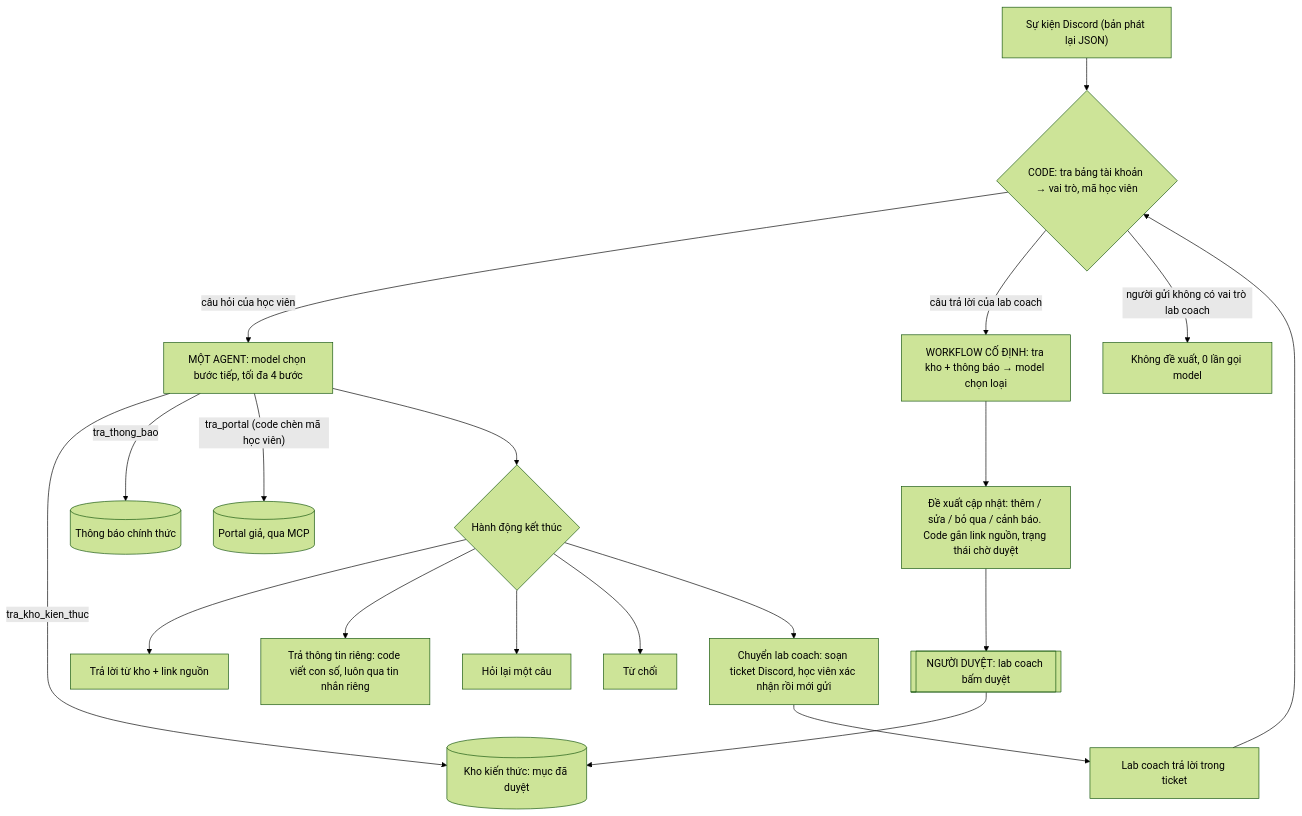
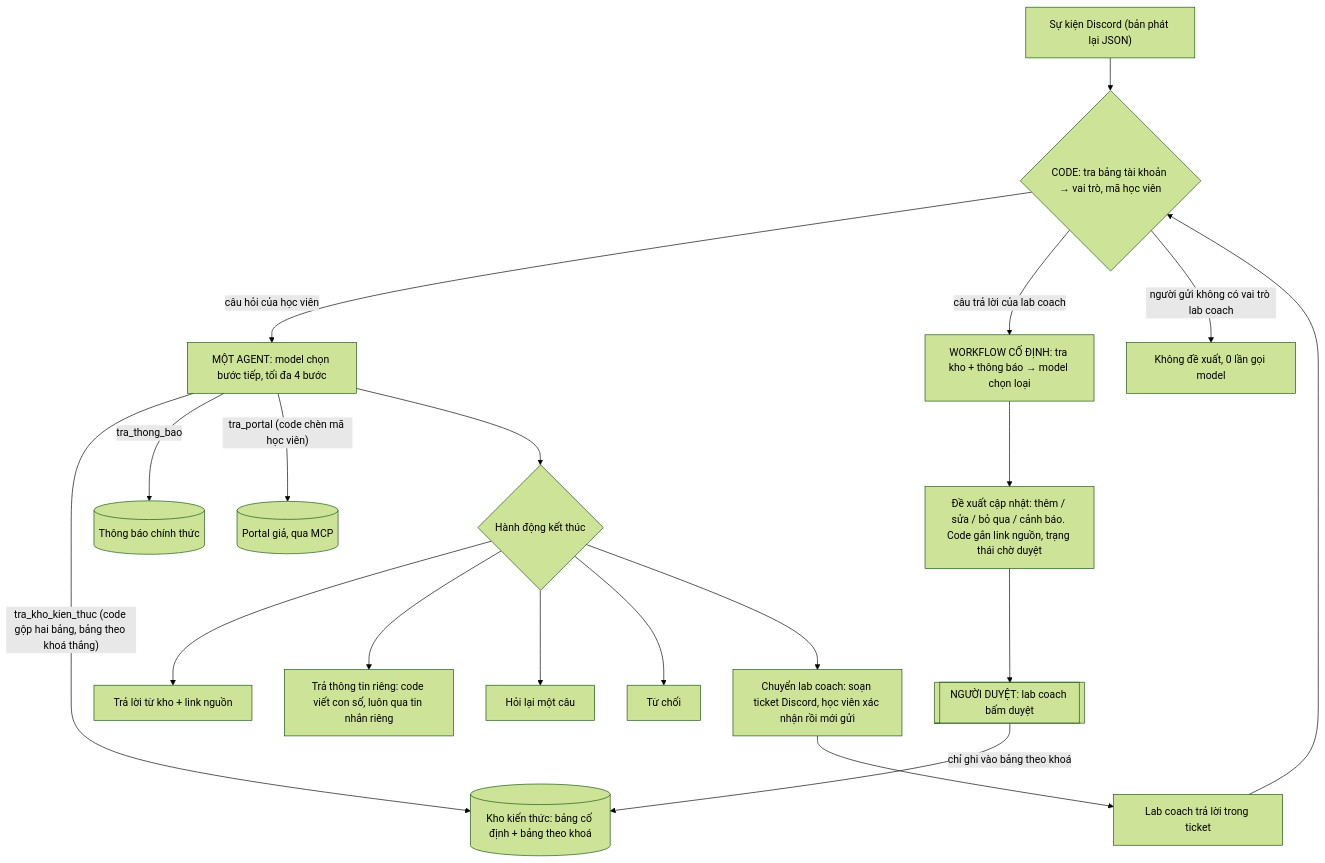
One commit to ToyzZone/K5-Day15-L3A-ThichVarCham changed the diagram in spec.md. Above: the diagram before and after it, drawn with Mermaid (forest theme). The commit also changed other lines of this file and 9 other files, not shown here.

Commit message:
Kho kiến thức hai bảng: cố định và theo khoá; lab coach chỉ sửa bảng theo khoá, mâu thuẫn thì bảng theo khoá thắng

````diff
--- a/spec.md
+++ b/spec.md
@@ -57,21 +58,21 @@
 ```mermaid
 flowchart TD
   D["Sự kiện Discord (bản phát lại JSON)"] --> V{"CODE: tra bảng tài khoản → vai trò, mã học viên"}
   V -->|"câu hỏi của học viên"| A["MỘT AGENT: model chọn bước tiếp, tối đa 4 bước"]
-  A -->|"tra_kho_kien_thuc"| K[("Kho kiến thức: mục đã duyệt")]
+  A -->|"tra_kho_kien_thuc (code gộp hai bảng, bảng theo khoá thắng)"| K[("Kho kiến thức: bảng cố định + bảng theo khoá")]
   A -->|"tra_thong_bao"| T[("Thông báo chính thức")]
   A -->|"tra_portal (code chèn mã học viên)"| P[("Portal giả, qua MCP")]
   A --> R{"Hành động kết thúc"}
   R --> R1["Trả lời từ kho + link nguồn"]
   R --> R2["Trả thông tin riêng: code viết con số, luôn qua tin nhắn riêng"]
   R --> R3["Hỏi lại một câu"]
   R --> R4["Từ chối"]
   R --> R5["Chuyển lab coach: soạn ticket Discord, học viên xác nhận rồi mới gửi"]
   R5 --> C["Lab coach trả lời trong ticket"]
   C --> V
   V -->|"câu trả lời của lab coach"| W["WORKFLOW CỐ ĐỊNH: tra kho + thông báo → model chọn loại"]
   V -->|"người gửi không có vai trò lab coach"| X["Không đề xuất, 0 lần gọi model"]
   W --> Q["Đề xuất cập nhật: thêm / sửa / bỏ qua / cảnh báo. Code gắn link nguồn, trạng thái chờ duyệt"]
   Q --> H[["NGƯỜI DUYỆT: lab coach bấm duyệt"]]
-  H --> K
+  H -->|"chỉ ghi vào bảng theo khoá"| K
 ```
````
